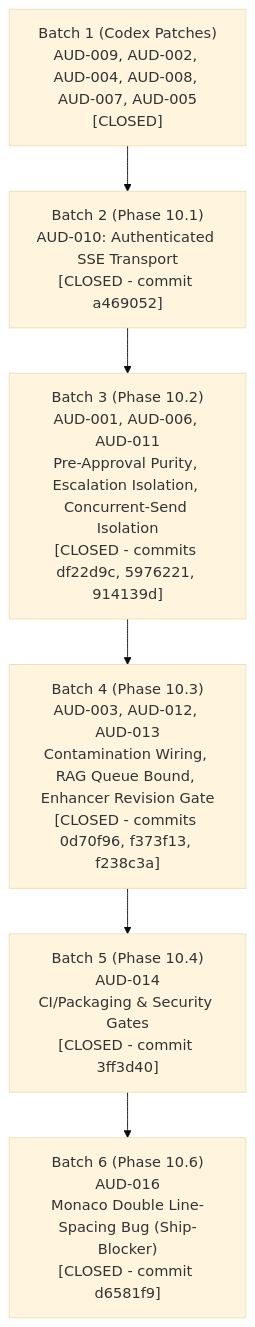
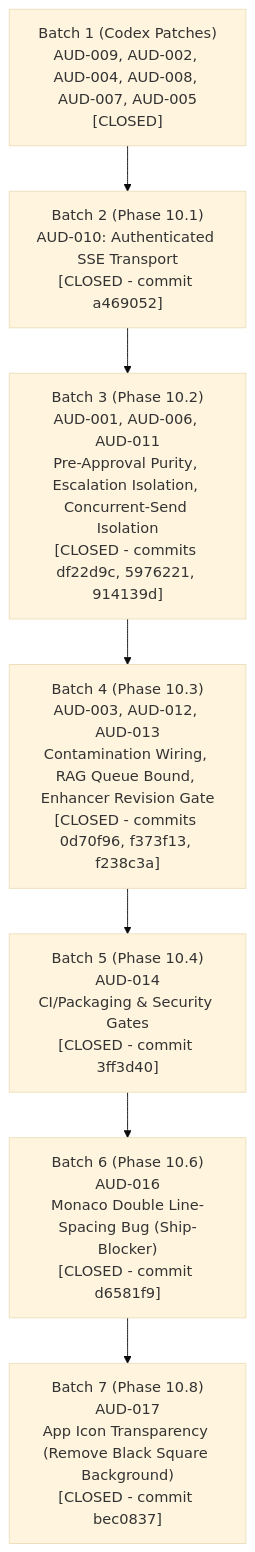
One commit to Roopesh-kosuri/Code-OS changed the diagram in docs/audit/FIX_PLAN.md. Above: the diagram before and after it, drawn with Mermaid (base theme). The commit also changed other lines of this file and 1 other file, not shown here.

Commit message:
docs(audit): close AUD-017 with commit bec0837 in findings register and fix plan

````diff
--- a/docs/audit/FIX_PLAN.md
+++ b/docs/audit/FIX_PLAN.md
@@ -10,8 +10,9 @@
 ```mermaid
 graph TD
     B1["Batch 1 (Codex Patches)<br/>AUD-009, AUD-002, AUD-004, AUD-008, AUD-007, AUD-005<br/>[CLOSED]"] --> B2["Batch 2 (Phase 10.1)<br/>AUD-010: Authenticated SSE Transport<br/>[CLOSED - commit a469052]"]
     B2 --> B3["Batch 3 (Phase 10.2)<br/>AUD-001, AUD-006, AUD-011<br/>Pre-Approval Purity, Escalation Isolation, Concurrent-Send Isolation<br/>[CLOSED - commits df22d9c, 5976221, 914139d]"]
     B3 --> B4["Batch 4 (Phase 10.3)<br/>AUD-003, AUD-012, AUD-013<br/>Contamination Wiring, RAG Queue Bound, Enhancer Revision Gate<br/>[CLOSED - commits 0d70f96, f373f13, f238c3a]"]
     B4 --> B5["Batch 5 (Phase 10.4)<br/>AUD-014<br/>CI/Packaging & Security Gates<br/>[CLOSED - commit 3ff3d40]"]
     B5 --> B6["Batch 6 (Phase 10.6)<br/>AUD-016<br/>Monaco Double Line-Spacing Bug (Ship-Blocker)<br/>[CLOSED - commit d6581f9]"]
+    B6 --> B7["Batch 7 (Phase 10.8)<br/>AUD-017<br/>App Icon Transparency (Remove Black Square Background)<br/>[CLOSED - commit bec0837]"]
 ```
````
